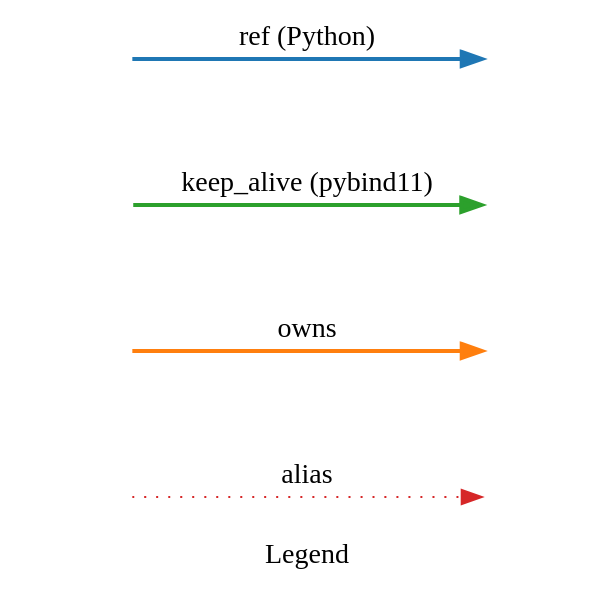
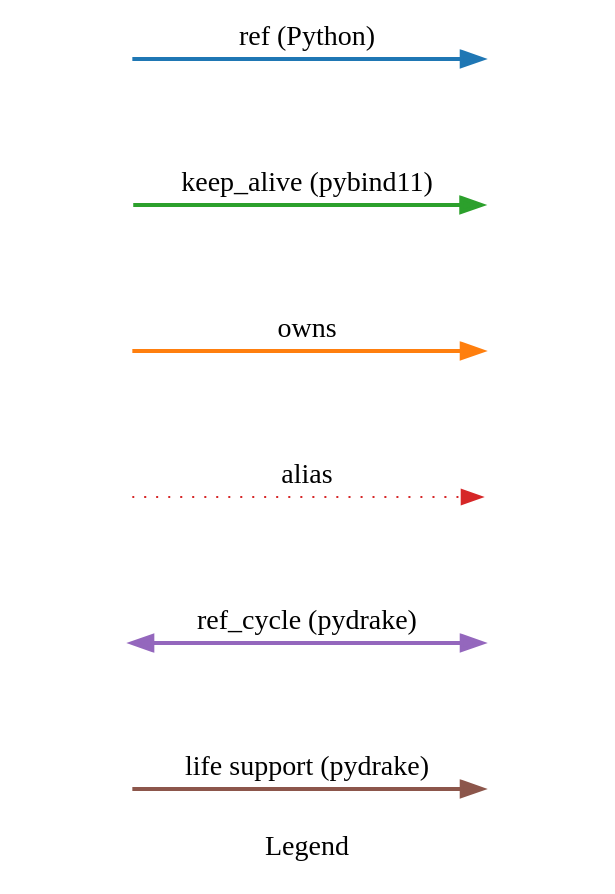
The diagram in dot/legend.dot (rpoyner-tri/drake), drawn with Graphviz before and after one commit. The commit also changed 7 other files, not shown here.

```diff
--- a/dot/legend.dot
+++ b/dot/legend.dot
@@ -1,32 +1,47 @@
 digraph G {
   label="Legend";
   node [style=invis];
   
   {
     edge [color="#1F77B4", style=bold, label="ref (Python)", constraint=false];
     r1 -> r2;
   }
   
   {
     edge [color="#2CA02C", style=bold, label="keep_alive (pybind11)", constraint=false];
     ka1 -> ka2;
   }
   
   {
     edge [color="#FF7F0E", style=bold, label="owns", constraint=false];
     o1 -> o2;
   }
   
   {
-    edge [color="#D62728", style=dotted,label="alias", constraint=false];
+    edge [color="#D62728", style=dotted, label="alias", constraint=false];
     a1 -> a2;
+  }
+
+  {
+    edge [color="#9467BD", style=bold, label="ref_cycle (pydrake)", constraint=false, dir=both];
+    rc1 -> rc2;
+  }
+
+  {
+    edge [color="#8C564B", style=bold, label="life support (pydrake)", constraint=false];
+    ls1 -> ls2;
   }
 
   edge [style=invis];
   r1 -> ka1;
   ka1 -> o1;
   o1 -> a1;
+  a1 -> rc1;
+  rc1 -> ls1;
+  
   r2 -> ka2;
   ka2 -> o2;
   o2 -> a2;
+  a2 -> rc2;
+  rc2 -> ls2;
 }
```
